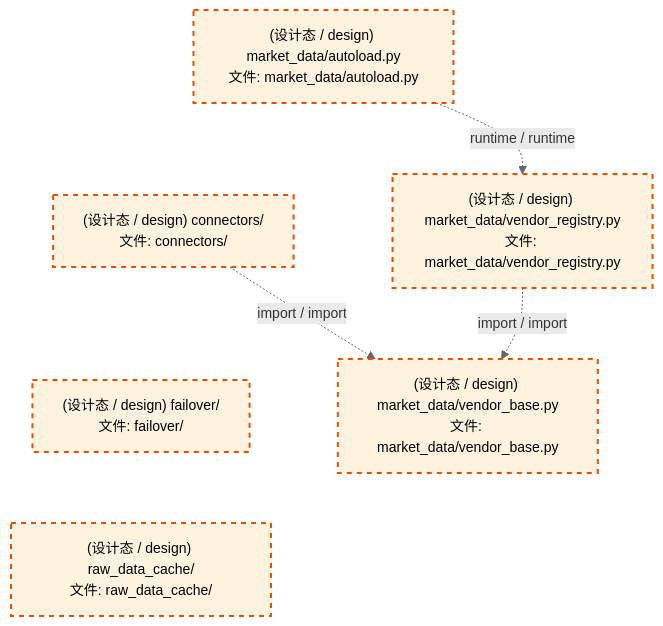
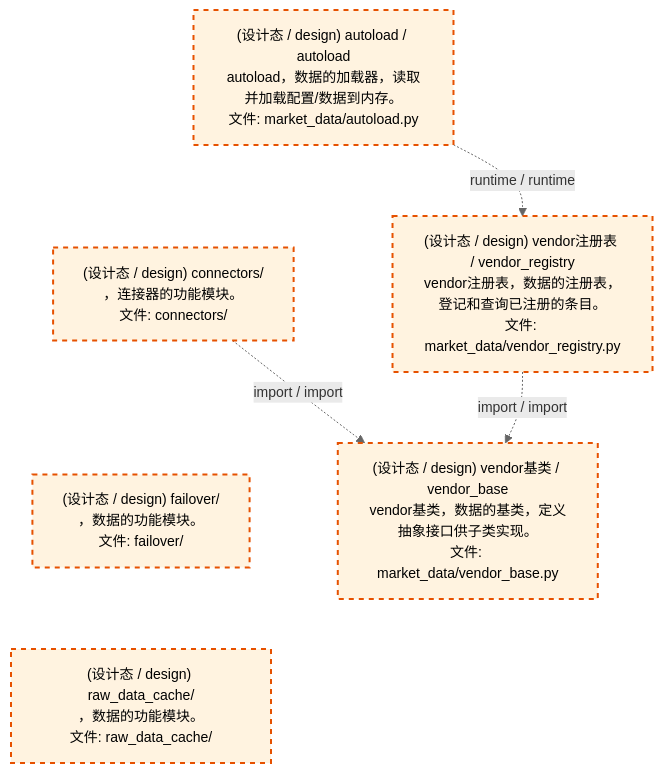
The third of 4 diagrams in docs/02_enterprise_architecture/02_domain_architecture_docs/23_d_mkt_data.md (xuanFelixVan/ZephyrAlpha), drawn with Mermaid before and after one commit. The commit also changed other lines of this file and 60 other files, not shown here.

````diff
--- a/docs/02_enterprise_architecture/02_domain_architecture_docs/23_d_mkt_data.md
+++ b/docs/02_enterprise_architecture/02_domain_architecture_docs/23_d_mkt_data.md
@@ -143,21 +143,21 @@
 ```mermaid
 %%{init: {'theme': 'base', 'themeVariables': {'primaryColor': '#eaeaea', 'primaryTextColor': '#333333', 'primaryBorderColor': '#666666', 'lineColor': '#666666', 'secondaryColor': '#eaeaea', 'tertiaryColor': '#eaeaea', 'fontSize': '14px'}}}%%
 flowchart TD
-    src_zephyr_market_data_autoload_py["(设计态 / design) market_data/autoload.py<br/>文件: market_data/autoload.py"]
-    src_zephyr_market_data_connectors["(设计态 / design) connectors/<br/>文件: connectors/"]
-    src_zephyr_market_data_failover["(设计态 / design) failover/<br/>文件: failover/"]
-    src_zephyr_market_data_raw_data_cache["(设计态 / design) raw_data_cache/<br/>文件: raw_data_cache/"]
+    src_zephyr_market_data_autoload_py["(设计态 / design) autoload / autoload<br/>autoload，数据的加载器，读取并加载配置/数据到内存。<br/>文件: market_data/autoload.py"]
+    src_zephyr_market_data_connectors["(设计态 / design) connectors/<br/>，连接器的功能模块。<br/>文件: connectors/"]
+    src_zephyr_market_data_failover["(设计态 / design) failover/<br/>，数据的功能模块。<br/>文件: failover/"]
+    src_zephyr_market_data_raw_data_cache["(设计态 / design) raw_data_cache/<br/>，数据的功能模块。<br/>文件: raw_data_cache/"]
     src_zephyr_market_data_autoload_py ~~~ src_zephyr_market_data_connectors
     src_zephyr_market_data_connectors ~~~ src_zephyr_market_data_failover
     src_zephyr_market_data_failover ~~~ src_zephyr_market_data_raw_data_cache
-    src_zephyr_market_data_vendor_registry_py["(设计态 / design) market_data/vendor_registry.py<br/>文件: market_data/vendor_registry.py"]
-    src_zephyr_market_data_vendor_base_py["(设计态 / design) market_data/vendor_base.py<br/>文件: market_data/vendor_base.py"]
+    src_zephyr_market_data_vendor_registry_py["(设计态 / design) vendor注册表 / vendor_registry<br/>vendor注册表，数据的注册表，登记和查询已注册的条目。<br/>文件: market_data/vendor_registry.py"]
+    src_zephyr_market_data_vendor_base_py["(设计态 / design) vendor基类 / vendor_base<br/>vendor基类，数据的基类，定义抽象接口供子类实现。<br/>文件: market_data/vendor_base.py"]
     src_zephyr_market_data_vendor_registry_py -.->|import / import| src_zephyr_market_data_vendor_base_py
     src_zephyr_market_data_connectors -.->|import / import| src_zephyr_market_data_vendor_base_py
     src_zephyr_market_data_autoload_py -.->|runtime / runtime| src_zephyr_market_data_vendor_registry_py
     classDef production fill:#e1f5fe,stroke:#01579b,stroke-width:2px,color:#000
     classDef design fill:#fff3e0,stroke:#e65100,stroke-width:2px,color:#000,stroke-dasharray: 5 5
     classDef external_prod fill:#e8f4fd,stroke:#0277bd,stroke-width:1px,color:#000
     classDef external_design fill:#fff8e7,stroke:#ef6c00,stroke-width:1px,color:#000,stroke-dasharray: 5 5
     class src_zephyr_market_data_autoload_py,src_zephyr_market_data_connectors,src_zephyr_market_data_failover,src_zephyr_market_data_raw_data_cache,src_zephyr_market_data_vendor_base_py,src_zephyr_market_data_vendor_registry_py design
 ```
````
